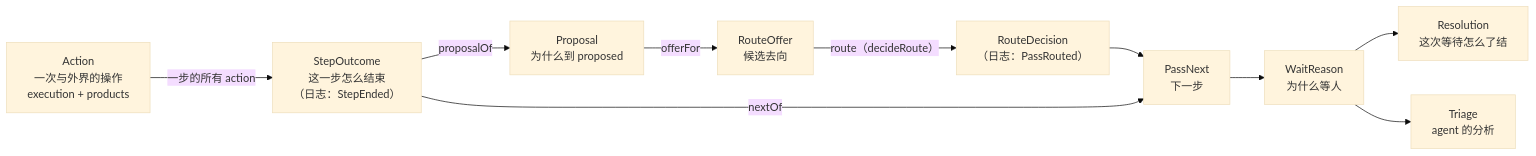
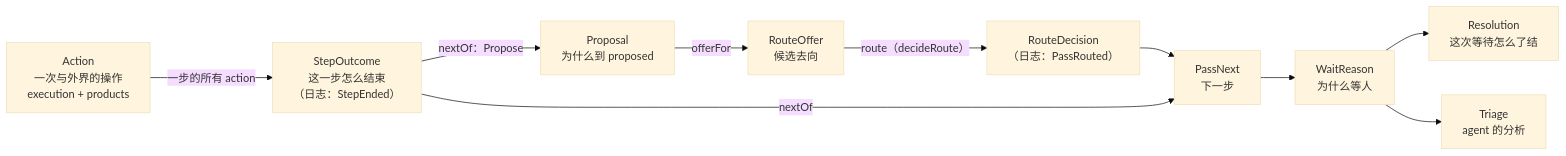
One commit to steven-zhc/lingtai changed the diagram in doc/design/types.zh.md. Above: the diagram before and after it, drawn with Mermaid (base theme). The commit also changed other lines of this file, not shown here.

First line of the commit message:
docs(design): a step that sends the pass to proposed says why — nextOf answers Propose with the proposal, and proposalOf is gone

````diff
--- a/doc/design/types.zh.md
+++ b/doc/design/types.zh.md
@@ -17,12 +17,12 @@
 ```mermaid
 flowchart LR
   X["Action<br/>一次与外界的操作<br/>execution + products"] -->|"一步的所有 action"| A["StepOutcome<br/>这一步怎么结束<br/>（日志：StepEnded）"]
-  A -->|proposalOf| B["Proposal<br/>为什么到 proposed"]
+  A -->|"nextOf：Propose"| B["Proposal<br/>为什么到 proposed"]
   B -->|offerFor| O["RouteOffer<br/>候选去向"]
   O -->|"route（decideRoute）"| R["RouteDecision<br/>（日志：PassRouted）"]
   R --> D["PassNext<br/>下一步"]
   A -->|nextOf| D
   D --> E["WaitReason<br/>为什么等人"]
   E --> F["Resolution<br/>这次等待怎么了结"]
   E --> G["Triage<br/>agent 的分析"]
 ```
````
